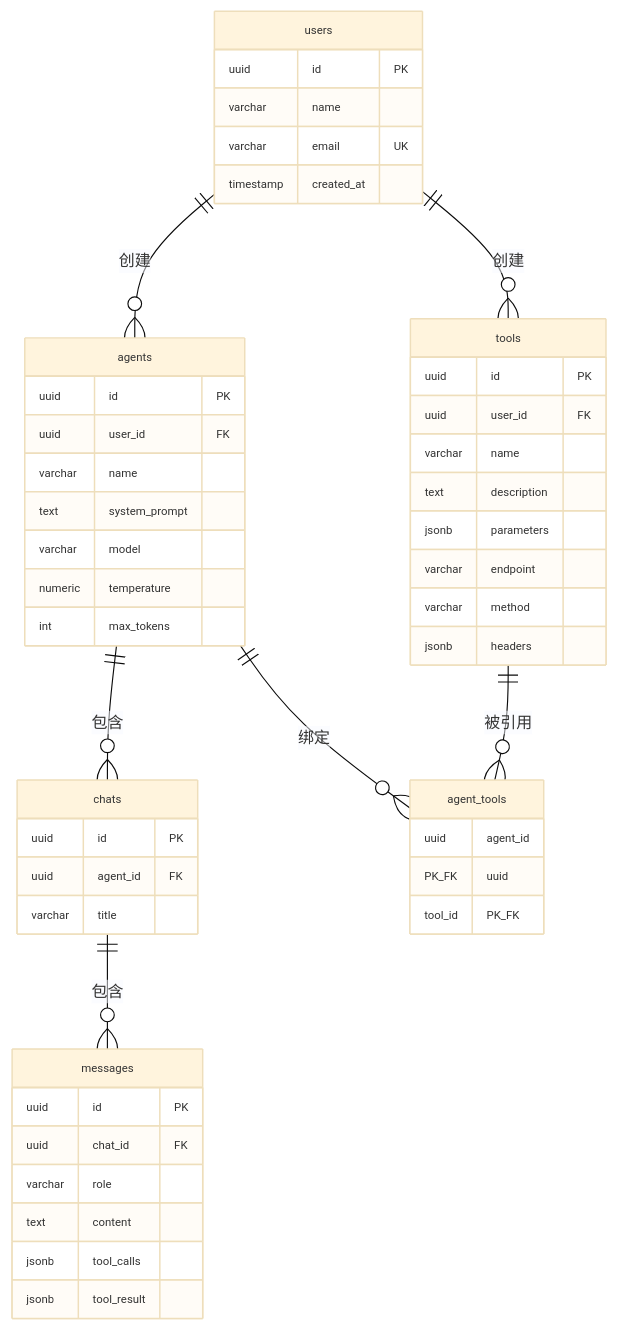
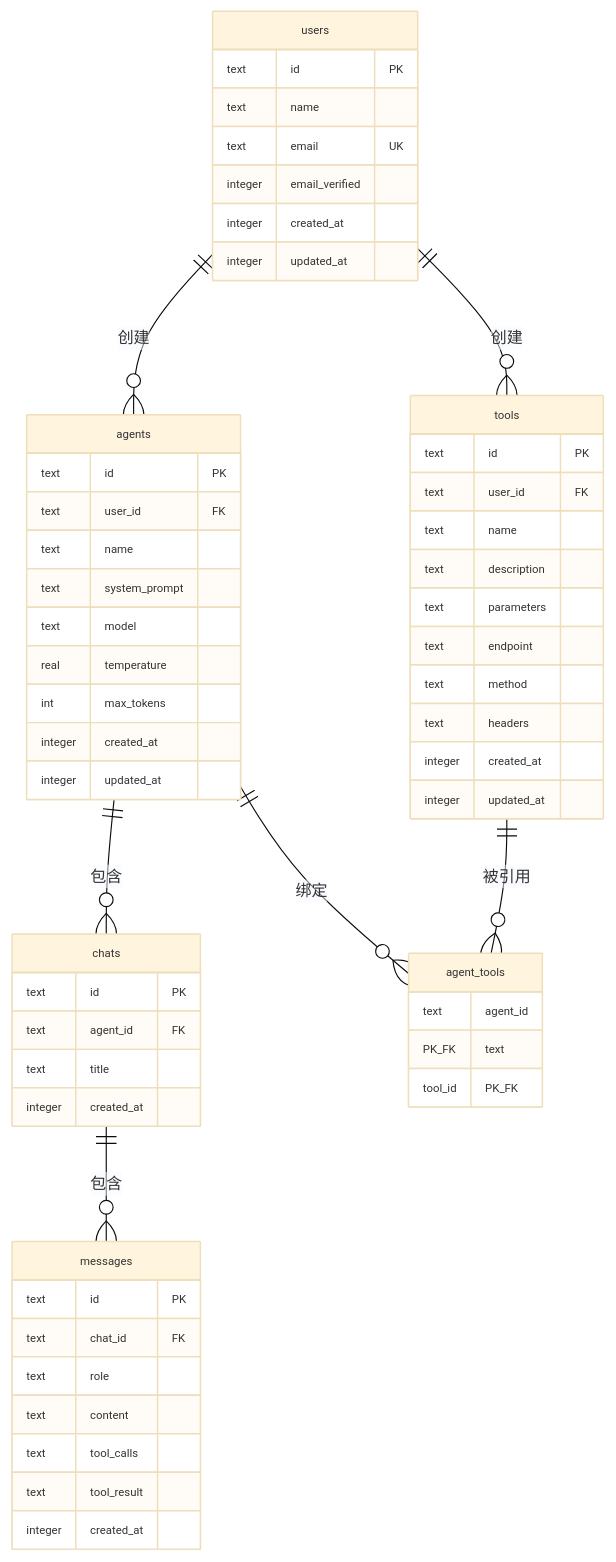
Before and after one commit to xCreat0r/simple-ai-agent-plateform: the third of 7 diagrams in docs/architecture.md, drawn with Mermaid. The commit also changed other lines of this file and 217 other files, not shown here.

````diff
--- a/docs/architecture.md
+++ b/docs/architecture.md
@@ -111,58 +145,66 @@
 ```mermaid
 %%{init: {'theme': 'base', 'themeVariables': {'fontSize': '10px'}}}%%
 erDiagram
     users {
-        uuid id PK
-        varchar name
-        varchar email UK
-        timestamp created_at
+        text id PK
+        text name
+        text email UK
+        integer email_verified
+        integer created_at
+        integer updated_at
     }
 
     agents {
-        uuid id PK
-        uuid user_id FK
-        varchar name
+        text id PK
+        text user_id FK
+        text name
         text system_prompt
-        varchar model
-        numeric temperature
+        text model
+        real temperature
         int max_tokens
+        integer created_at
+        integer updated_at
     }
 
     agent_tools {
-        uuid agent_id PK_FK
-        uuid tool_id PK_FK
+        text agent_id PK_FK
+        text tool_id PK_FK
     }
 
     chats {
-        uuid id PK
-        uuid agent_id FK
-        varchar title
+        text id PK
+        text agent_id FK
+        text title
+        integer created_at
     }
 
     messages {
-        uuid id PK
-        uuid chat_id FK
-        varchar role
+        text id PK
+        text chat_id FK
+        text role
         text content
-        jsonb tool_calls
-        jsonb tool_result
+        text tool_calls
+        text tool_result
+        integer created_at
     }
 
     tools {
-        uuid id PK
-        uuid user_id FK
-        varchar name
+        text id PK
+        text user_id FK
+        text name
         text description
-        jsonb parameters
-        varchar endpoint
-        varchar method
-        jsonb headers
+        text parameters
+        text endpoint
+        text method
+        text headers
+        integer created_at
+        integer updated_at
     }
 
     users ||--o{ agents : "创建"
     users ||--o{ tools : "创建"
     agents ||--o{ chats : "包含"
     agents ||--o{ agent_tools : "绑定"
     tools ||--o{ agent_tools : "被引用"
     chats ||--o{ messages : "包含"
 ```
````
